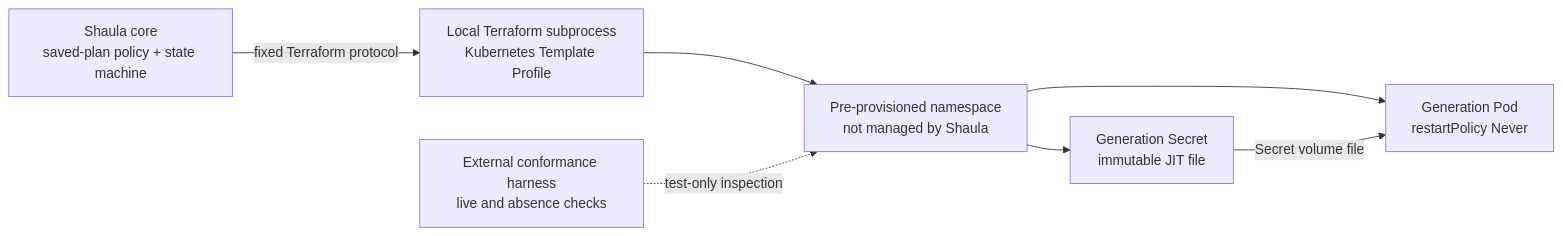
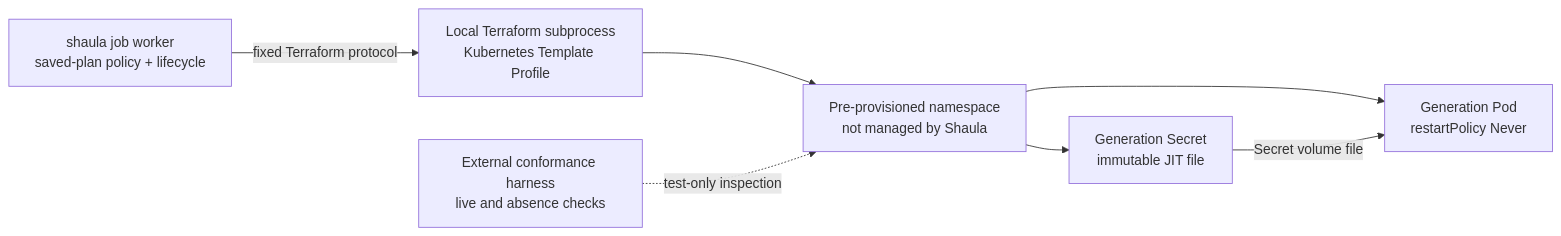
One commit to 5aaee9/shaula changed the diagram in docs/specs/0003-kubernetes-runner-resource.md. Above: the diagram before and after it, drawn with Mermaid. The commit also changed other lines of this file and 63 other files, not shown here.

````diff
--- a/docs/specs/0003-kubernetes-runner-resource.md
+++ b/docs/specs/0003-kubernetes-runner-resource.md
@@ -23,16 +23,16 @@
 ```mermaid
 flowchart LR
-    Core["Shaula core<br/>saved-plan policy + state machine"]
+    Core["shaula job worker<br/>saved-plan policy + lifecycle"]
     TF["Local Terraform subprocess<br/>Kubernetes Template Profile"]
     Namespace["Pre-provisioned namespace<br/>not managed by Shaula"]
     Secret["Generation Secret<br/>immutable JIT file"]
     Pod["Generation Pod<br/>restartPolicy Never"]
     Harness["External conformance harness<br/>live and absence checks"]
 
     Core -->|"fixed Terraform protocol"| TF
     TF --> Namespace
     Namespace --> Secret
     Namespace --> Pod
     Secret -->|"Secret volume file"| Pod
     Harness -.->|"test-only inspection"| Namespace
 ```
````
